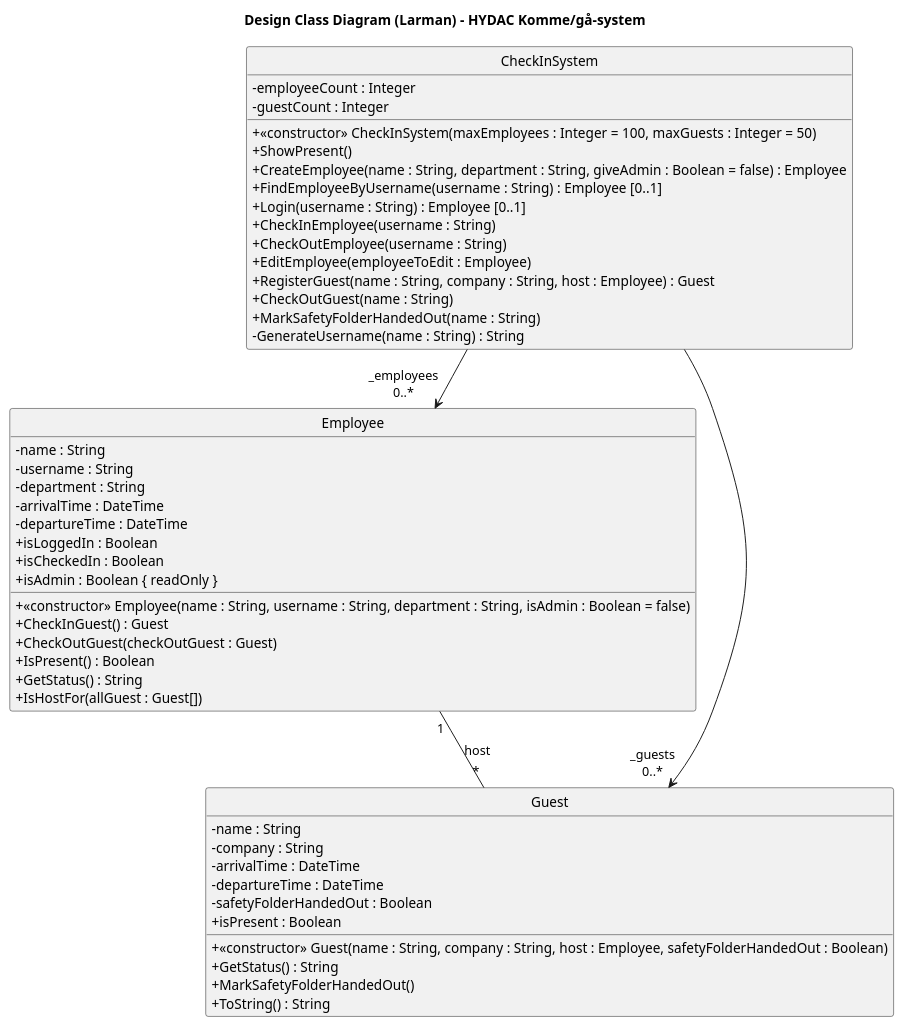
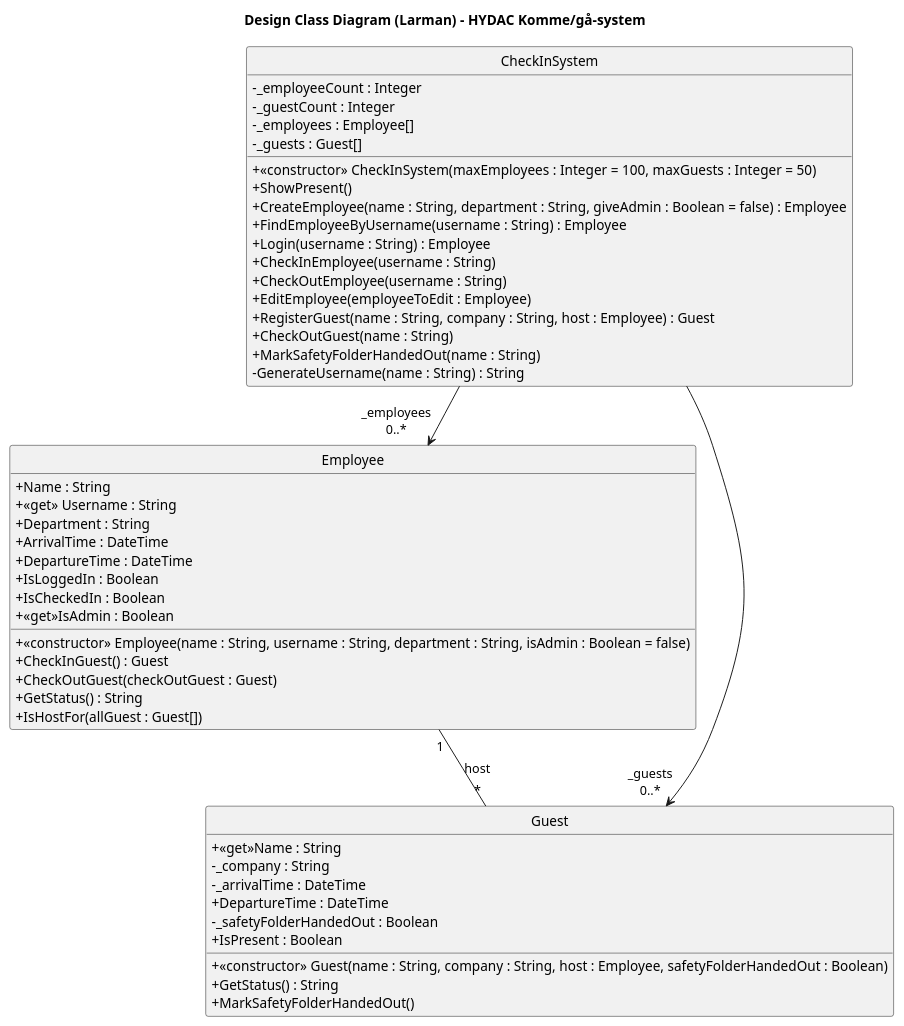
One commit to albla20/HydacTeamA4 changed the diagram in Artifacts/DesignClassDiagram(V2).puml. Above: the diagram before and after it, drawn with PlantUML.

Commit message:
rettet vores dcd

```diff
--- a/Artifacts/DesignClassDiagram(V2).puml
+++ b/Artifacts/DesignClassDiagram(V2).puml
@@ -1,59 +1,59 @@
 @startuml DesignClassDiagram
 title Design Class Diagram (Larman) - HYDAC Komme/gå-system
 
 hide circle
 skinparam classAttributeIconSize 0
 hide emptymembers
 
 class CheckInSystem {
-  - employeeCount : Integer
-  - guestCount : Integer
+  - _employeeCount : Integer
+  - _guestCount : Integer
+  - _employees : Employee[]
+  - _guests : Guest[]
   + <<constructor>> CheckInSystem(maxEmployees : Integer = 100, maxGuests : Integer = 50)
   + ShowPresent()
   + CreateEmployee(name : String, department : String, giveAdmin : Boolean = false) : Employee
-  + FindEmployeeByUsername(username : String) : Employee [0..1]
-  + Login(username : String) : Employee [0..1]
+  + FindEmployeeByUsername(username : String) : Employee
+  + Login(username : String) : Employee
   + CheckInEmployee(username : String)
   + CheckOutEmployee(username : String)
   + EditEmployee(employeeToEdit : Employee)
   + RegisterGuest(name : String, company : String, host : Employee) : Guest
   + CheckOutGuest(name : String)
   + MarkSafetyFolderHandedOut(name : String)
   - GenerateUsername(name : String) : String
 }
 
 class Employee {
-  - name : String
-  - username : String
-  - department : String
-  - arrivalTime : DateTime
-  - departureTime : DateTime
-  + isLoggedIn : Boolean
-  + isCheckedIn : Boolean
-  + isAdmin : Boolean { readOnly }
+  + Name : String
+  + <<get>> Username : String
+  + Department : String
+  + ArrivalTime : DateTime
+  + DepartureTime : DateTime
+  + IsLoggedIn : Boolean
+  + IsCheckedIn : Boolean
+  + <<get>>IsAdmin : Boolean
   + <<constructor>> Employee(name : String, username : String, department : String, isAdmin : Boolean = false)
   + CheckInGuest() : Guest
   + CheckOutGuest(checkOutGuest : Guest)
-  + IsPresent() : Boolean
   + GetStatus() : String
   + IsHostFor(allGuest : Guest[])
 }
 
 class Guest {
-  - name : String
-  - company : String
-  - arrivalTime : DateTime
-  - departureTime : DateTime
-  - safetyFolderHandedOut : Boolean
-  + isPresent : Boolean
+  + <<get>>Name : String
+  - _company : String
+  - _arrivalTime : DateTime
+  + DepartureTime : DateTime
+  - _safetyFolderHandedOut : Boolean
+  + IsPresent : Boolean
   + <<constructor>> Guest(name : String, company : String, host : Employee, safetyFolderHandedOut : Boolean)
   + GetStatus() : String
   + MarkSafetyFolderHandedOut()
-  + ToString() : String
 }
 
 CheckInSystem --> "_employees\n0..*" Employee
 CheckInSystem --> "_guests\n0..*" Guest
 Employee "1" -down- "*" Guest : host
 
 @enduml
```
